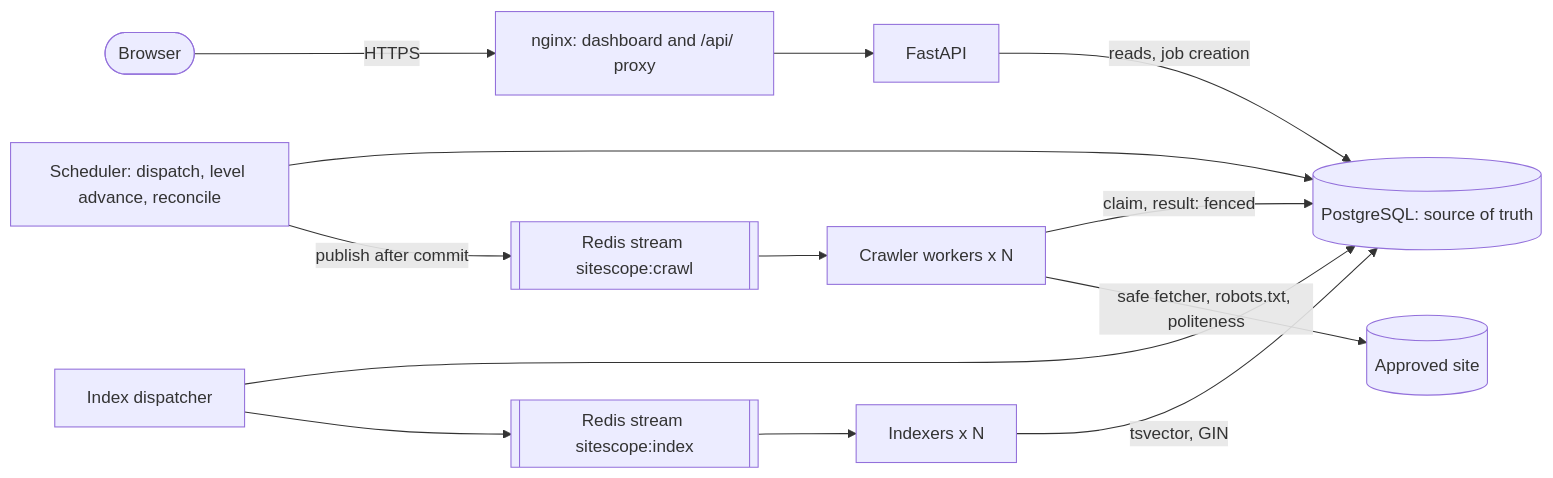
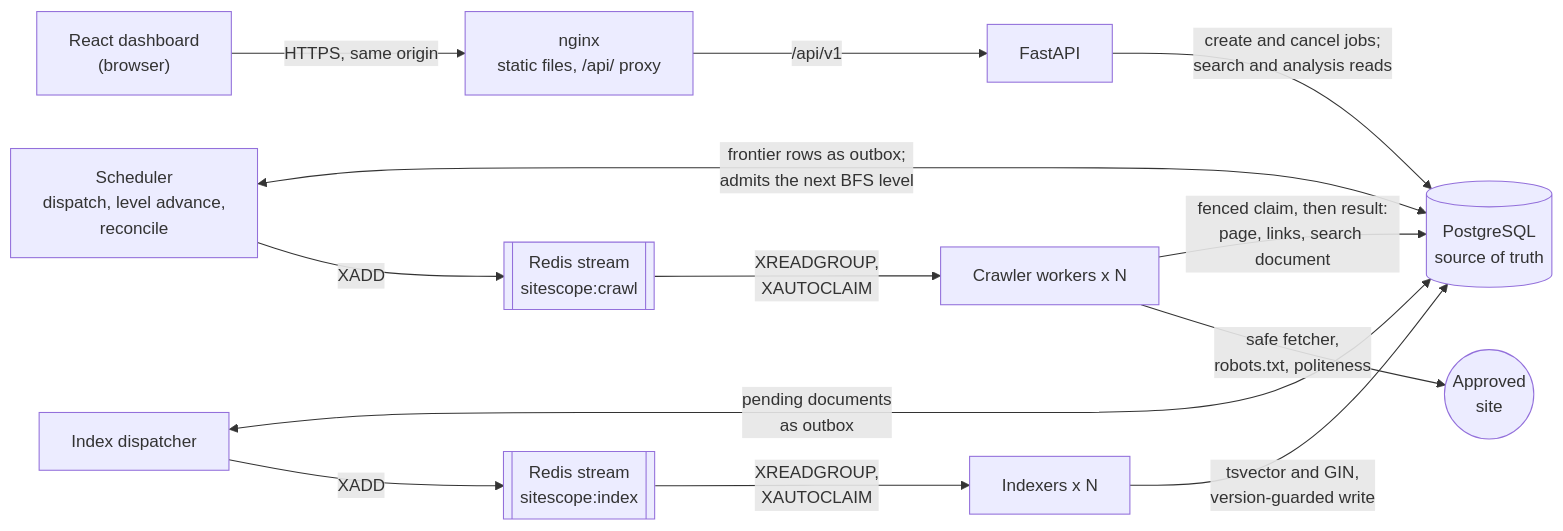
One commit to peony31275-cyber/SiteScope changed the diagram in README.md. Above: the diagram before and after it, drawn with Mermaid. The commit also changed other lines of this file and 9 other files, not shown here.

````diff
--- a/README.md
+++ b/README.md
@@ -75,15 +93,15 @@
 ```mermaid
 flowchart LR
-    browser([Browser]) -->|HTTPS| proxy[nginx: dashboard and /api/ proxy]
-    proxy --> api[FastAPI]
-    api -->|reads, job creation| pg[(PostgreSQL: source of truth)]
-    sched[Scheduler: dispatch, level advance, reconcile] --> pg
-    sched -->|publish after commit| crawl[[Redis stream sitescope:crawl]]
-    crawl --> workers[Crawler workers x N]
-    workers -->|claim, result: fenced| pg
-    workers -->|safe fetcher, robots.txt, politeness| site[(Approved site)]
-    idx[Index dispatcher] --> pg
-    idx --> index[[Redis stream sitescope:index]]
-    index --> indexers[Indexers x N]
-    indexers -->|tsvector, GIN| pg
+    ui["React dashboard<br/>(browser)"] -->|"HTTPS, same origin"| proxy["nginx<br/>static files, /api/ proxy"]
+    proxy -->|"/api/v1"| api["FastAPI"]
+    api -->|"create and cancel jobs;<br/>search and analysis reads"| pg[("PostgreSQL<br/>source of truth")]
+    sched["Scheduler<br/>dispatch, level advance,<br/>reconcile"] <-->|"frontier rows as outbox;<br/>admits the next BFS level"| pg
+    sched -->|"XADD"| crawl[["Redis stream<br/>sitescope:crawl"]]
+    crawl -->|"XREADGROUP,<br/>XAUTOCLAIM"| workers["Crawler workers x N"]
+    workers -->|"fenced claim, then result:<br/>page, links, search document"| pg
+    workers -->|"safe fetcher,<br/>robots.txt, politeness"| site(("Approved<br/>site"))
+    idx["Index dispatcher"] <-->|"pending documents<br/>as outbox"| pg
+    idx -->|"XADD"| istream[["Redis stream<br/>sitescope:index"]]
+    istream -->|"XREADGROUP,<br/>XAUTOCLAIM"| indexers["Indexers x N"]
+    indexers -->|"tsvector and GIN,<br/>version-guarded write"| pg
 ```
````
